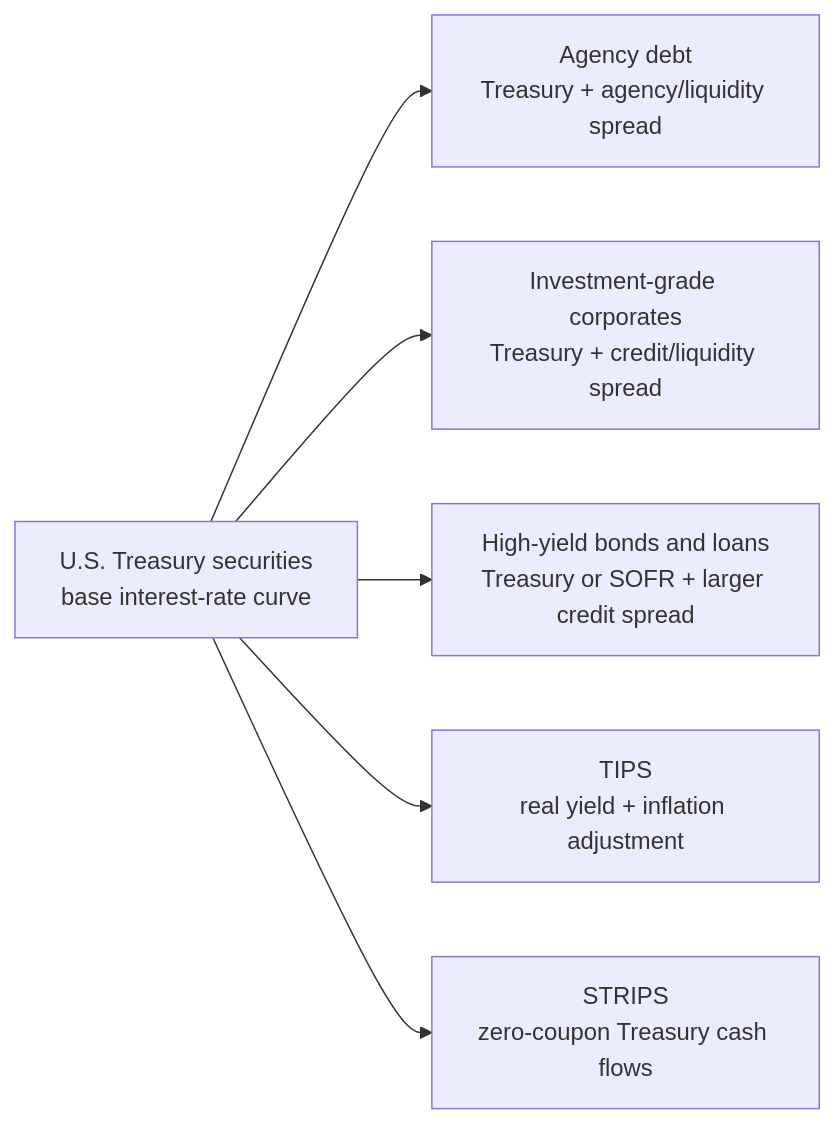
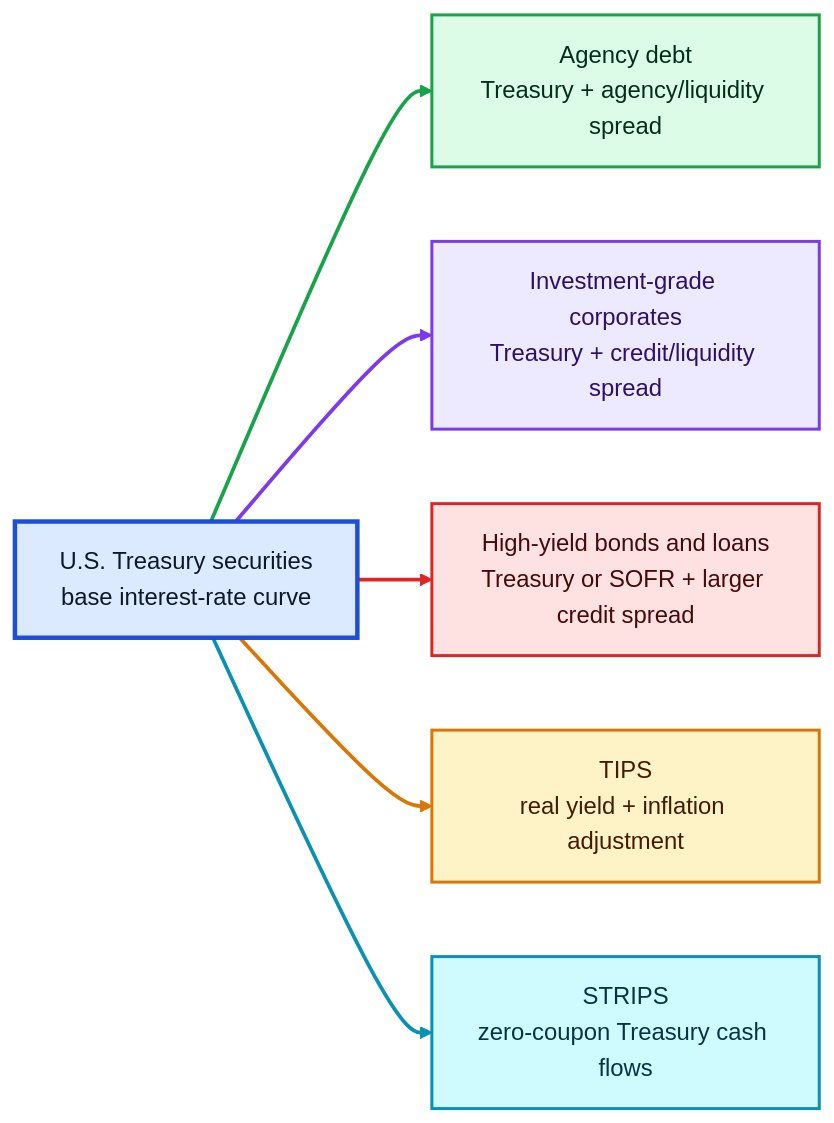
The first of 8 diagrams in lecture_notes/lec5.qmd (AliBoloor/BUS411), drawn with Mermaid before and after one commit. The commit also changed other lines of this file and 5 other files, not shown here.

````diff
--- a/lecture_notes/lec5.qmd
+++ b/lecture_notes/lec5.qmd
@@ -70,8 +74,26 @@
 ```{mermaid}
+%%{init: {"theme": "base", "themeVariables": {"fontFamily": "Inter, Arial, sans-serif", "primaryBorderColor": "#1d4ed8", "lineColor": "#64748b"}}}%%
 flowchart LR
   A["U.S. Treasury securities<br/>base interest-rate curve"] --> B["Agency debt<br/>Treasury + agency/liquidity spread"]
   A --> C["Investment-grade corporates<br/>Treasury + credit/liquidity spread"]
   A --> D["High-yield bonds and loans<br/>Treasury or SOFR + larger credit spread"]
   A --> E["TIPS<br/>real yield + inflation adjustment"]
   A --> F["STRIPS<br/>zero-coupon Treasury cash flows"]
+  classDef treasury fill:#dbeafe,stroke:#1d4ed8,stroke-width:3px,color:#0f172a;
+  classDef agency fill:#dcfce7,stroke:#16a34a,stroke-width:2px,color:#052e16;
+  classDef ig fill:#ede9fe,stroke:#7c3aed,stroke-width:2px,color:#2e1065;
+  classDef hy fill:#fee2e2,stroke:#dc2626,stroke-width:2px,color:#450a0a;
+  classDef tips fill:#fef3c7,stroke:#d97706,stroke-width:2px,color:#451a03;
+  classDef strips fill:#cffafe,stroke:#0891b2,stroke-width:2px,color:#083344;
+  class A treasury;
+  class B agency;
+  class C ig;
+  class D hy;
+  class E tips;
+  class F strips;
+  linkStyle 0 stroke:#16a34a,stroke-width:2.5px;
+  linkStyle 1 stroke:#7c3aed,stroke-width:2.5px;
+  linkStyle 2 stroke:#dc2626,stroke-width:2.5px;
+  linkStyle 3 stroke:#d97706,stroke-width:2.5px;
+  linkStyle 4 stroke:#0891b2,stroke-width:2.5px;
 ```
````
